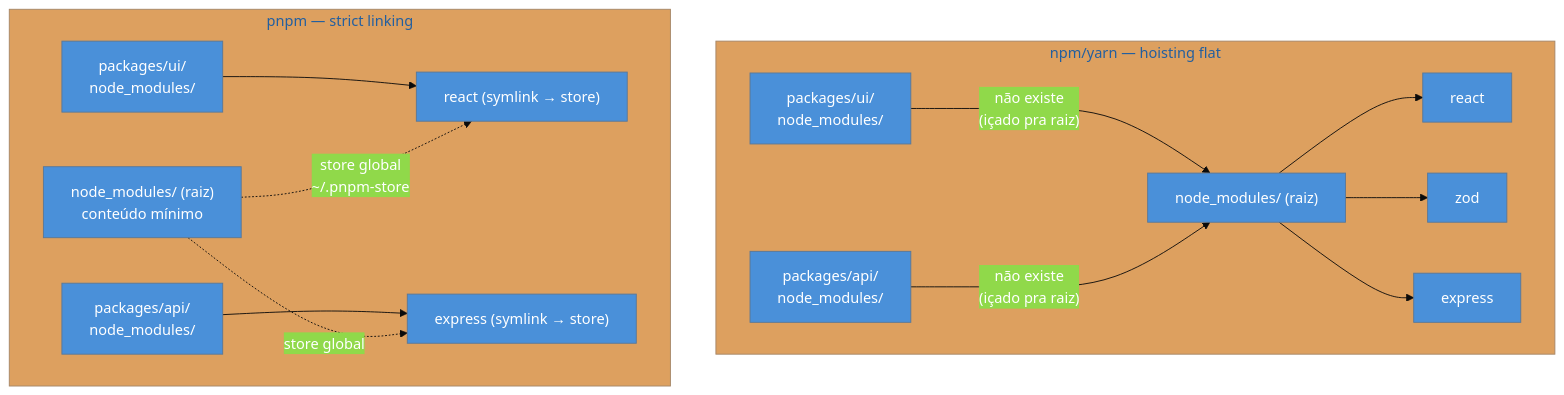
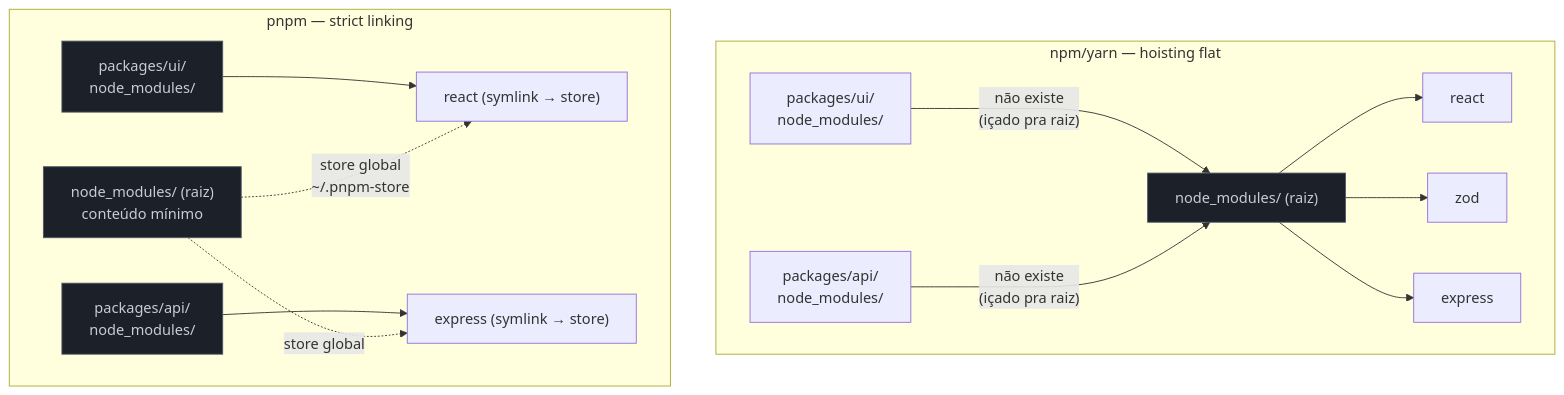
One commit to josenaldo/codex-technomanticus changed the first of 7 diagrams in 03-Dominios/Tecnologia/Tooling e Build/21 - Monorepos - workspaces, Turborepo, Nx e changesets.md. Above: the diagram before and after it, drawn with Mermaid. The commit also changed other lines of this file and 1181 other files, not shown here.

First line of the commit message:
fix(diagramas): paleta do sistema no lugar de cor cravada no markdown

````diff
--- a/03-Dominios/Tecnologia/Tooling e Build/21 - Monorepos - workspaces, Turborepo, Nx e changesets.md
+++ b/03-Dominios/Tecnologia/Tooling e Build/21 - Monorepos - workspaces, Turborepo, Nx e changesets.md
@@ -171,27 +171,27 @@
 ```mermaid
-%%{init: {"theme": "base", "themeVariables": {"primaryColor": "#4A90D9", "primaryTextColor": "#fff"}}}%%
 graph TD
+    classDef neutro fill:#1B2029,stroke:#4E5666,color:#C6CCD8
     subgraph "npm/yarn — hoisting flat"
         R1["node_modules/ (raiz)"]
         R1 --> D1["react"]
         R1 --> D2["zod"]
         R1 --> D3["express"]
         P1["packages/ui/\nnode_modules/"] --->|"não existe\n(içado pra raiz)"| R1
         P2["packages/api/\nnode_modules/"] --->|"não existe\n(içado pra raiz)"| R1
     end
 
     subgraph "pnpm — strict linking"
         R2["node_modules/ (raiz)\nconteúdo mínimo"]
         S1["packages/ui/\nnode_modules/"]
         S2["packages/api/\nnode_modules/"]
         S1 --> D4["react (symlink → store)"]
         S2 --> D5["express (symlink → store)"]
         R2 -.->|"store global\n~/.pnpm-store"| D4
         R2 -.->|"store global"| D5
     end
 
-    style R1 fill:#4A90D9,color:#fff
-    style R2 fill:#4A90D9,color:#fff
-    style S1 fill:#4A90D9,color:#fff
-    style S2 fill:#4A90D9,color:#fff
+    class R1 neutro
+    class R2 neutro
+    class S1 neutro
+    class S2 neutro
 ```
````
